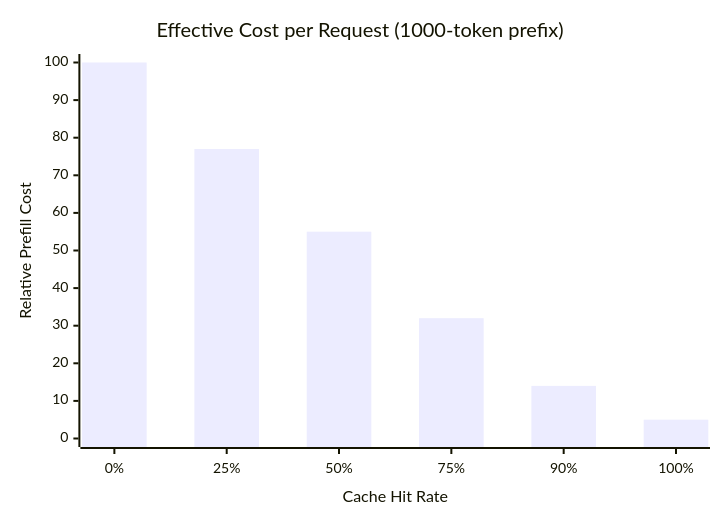
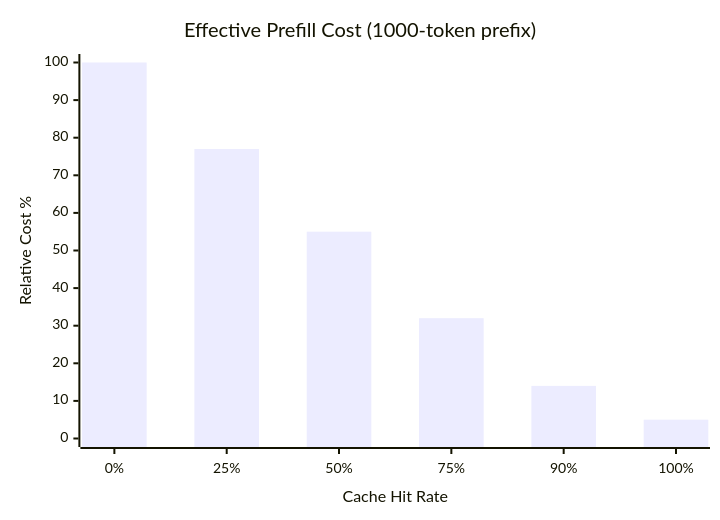
The sixth of 13 diagrams in docs/production-considerations.md (JonCooperWorks/rLLM), drawn with Mermaid before and after one commit. The commit also changed other lines of this file and 11 other files, not shown here.

````diff
--- a/docs/production-considerations.md
+++ b/docs/production-considerations.md
@@ -226,7 +199,7 @@
 ```mermaid
 xychart-beta
-    title "Effective Cost per Request (1000-token prefix)"
+    title "Effective Prefill Cost (1000-token prefix)"
     x-axis "Cache Hit Rate" ["0%", "25%", "50%", "75%", "90%", "100%"]
-    y-axis "Relative Prefill Cost" 0 --> 100
+    y-axis "Relative Cost %" 0 --> 100
     bar [100, 77, 55, 32, 14, 5]
 ```
````
